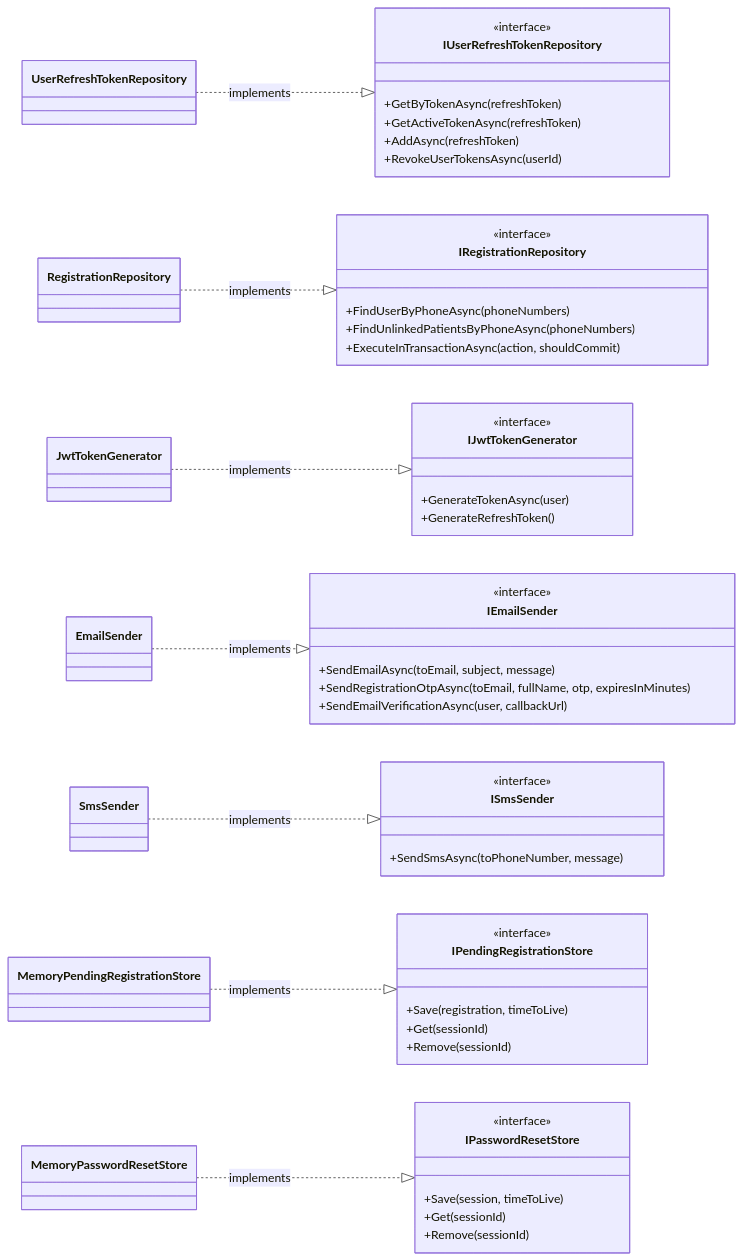
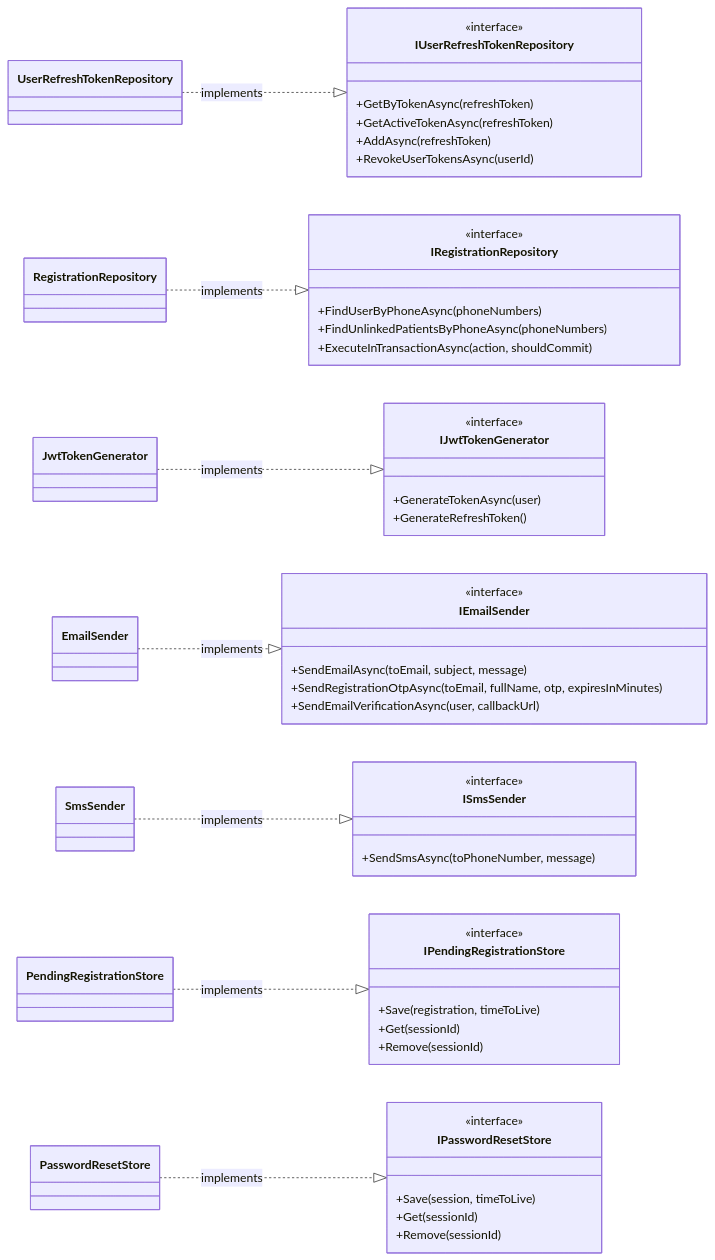
One commit to hung2004-web/SEP490_G66 changed the second of 2 diagrams in oze-clinic-be/docs/Class_diagram_AuthService.md. Above: the diagram before and after it, drawn with Mermaid. The commit also changed 18 other files, not shown here.

````diff
--- a/oze-clinic-be/docs/Class_diagram_AuthService.md
+++ b/oze-clinic-be/docs/Class_diagram_AuthService.md
@@ -85,62 +85,62 @@
 ```mermaid
 %%{init: {"look": "classic", "theme": "default"}}%%
 classDiagram
     direction LR
 
     class IUserRefreshTokenRepository {
         <<interface>>
         +GetByTokenAsync(refreshToken)
         +GetActiveTokenAsync(refreshToken)
         +AddAsync(refreshToken)
         +RevokeUserTokensAsync(userId)
     }
     class IRegistrationRepository {
         <<interface>>
         +FindUserByPhoneAsync(phoneNumbers)
         +FindUnlinkedPatientsByPhoneAsync(phoneNumbers)
         +ExecuteInTransactionAsync(action, shouldCommit)
     }
     class IJwtTokenGenerator {
         <<interface>>
         +GenerateTokenAsync(user)
         +GenerateRefreshToken()
     }
     class IEmailSender {
         <<interface>>
         +SendEmailAsync(toEmail, subject, message)
         +SendRegistrationOtpAsync(toEmail, fullName, otp, expiresInMinutes)
         +SendEmailVerificationAsync(user, callbackUrl)
     }
     class ISmsSender {
         <<interface>>
         +SendSmsAsync(toPhoneNumber, message)
     }
     class IPendingRegistrationStore {
         <<interface>>
         +Save(registration, timeToLive)
         +Get(sessionId)
         +Remove(sessionId)
     }
     class IPasswordResetStore {
         <<interface>>
         +Save(session, timeToLive)
         +Get(sessionId)
         +Remove(sessionId)
     }
 
     class UserRefreshTokenRepository
     class RegistrationRepository
     class JwtTokenGenerator
     class EmailSender
     class SmsSender
-    class MemoryPendingRegistrationStore
-    class MemoryPasswordResetStore
+    class PendingRegistrationStore
+    class PasswordResetStore
 
     UserRefreshTokenRepository ..|> IUserRefreshTokenRepository : implements
     RegistrationRepository ..|> IRegistrationRepository : implements
     JwtTokenGenerator ..|> IJwtTokenGenerator : implements
     EmailSender ..|> IEmailSender : implements
     SmsSender ..|> ISmsSender : implements
-    MemoryPendingRegistrationStore ..|> IPendingRegistrationStore : implements
-    MemoryPasswordResetStore ..|> IPasswordResetStore : implements
+    PendingRegistrationStore ..|> IPendingRegistrationStore : implements
+    PasswordResetStore ..|> IPasswordResetStore : implements
 ```
````
